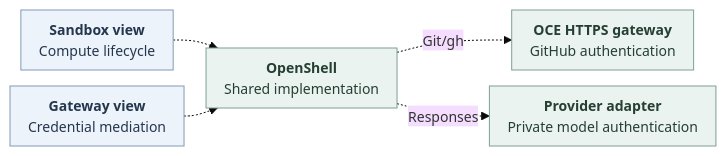
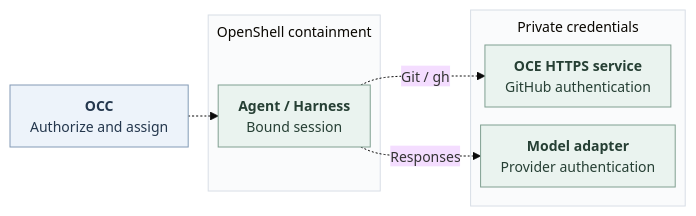
The diagram in specs/credential-gateway-driver.md (SebTardif/openclaw-enterprise), drawn with Mermaid before and after one commit. The commit also changed other lines of this file and 1 other file, not shown here.

Commit message:
docs: focus credential gateway proposal on OpenShell interface review

````diff
--- a/specs/credential-gateway-driver.md
+++ b/specs/credential-gateway-driver.md
@@ -17,22 +31,34 @@
 ```mermaid
 ---
 config:
   theme: base
   htmlLabels: true
   themeVariables:
     fontSize: 14px
   flowchart:
-    rankSpacing: 22
-    nodeSpacing: 16
-    padding: 9
+    rankSpacing: 20
+    nodeSpacing: 18
+    padding: 10
+    subGraphTitleMargin:
+      top: 6
+      bottom: 10
 ---
 flowchart LR
-  S["<b>Sandbox view</b><br/>Compute lifecycle"] -.-> O["<b>OpenShell</b><br/>Shared implementation"]
-  G["<b>Gateway view</b><br/>Credential mediation"] -.-> O
-  O -.->|Git/gh| R["<b>OCE HTTPS gateway</b><br/>GitHub authentication"]
-  O -.->|Responses| M["<b>Provider adapter</b><br/>Private model authentication"]
-  classDef view fill:#edf3fa,stroke:#839ab5,color:#24374d
+  C["<b>OCC</b><br/>Authorize and assign"]
+  subgraph O["OpenShell containment"]
+    A["<b>Agent / Harness</b><br/>Bound session"]
+  end
+  subgraph P["Private credentials"]
+    G["<b>OCE HTTPS service</b><br/>GitHub authentication"]
+    M["<b>Model adapter</b><br/>Provider authentication"]
+  end
+  C -.-> A
+  A -.->|Git / gh| G
+  A -.->|Responses| M
+  classDef control fill:#edf3fa,stroke:#839ab5,color:#24374d
   classDef owner fill:#eaf3ef,stroke:#809f91,color:#263f34
-  class S,G view
-  class O,R,M owner
+  class C control
+  class A,G,M owner
+  style O fill:#fafbfc,stroke:#d8dee6
+  style P fill:#fafbfc,stroke:#d8dee6
 ```
````
